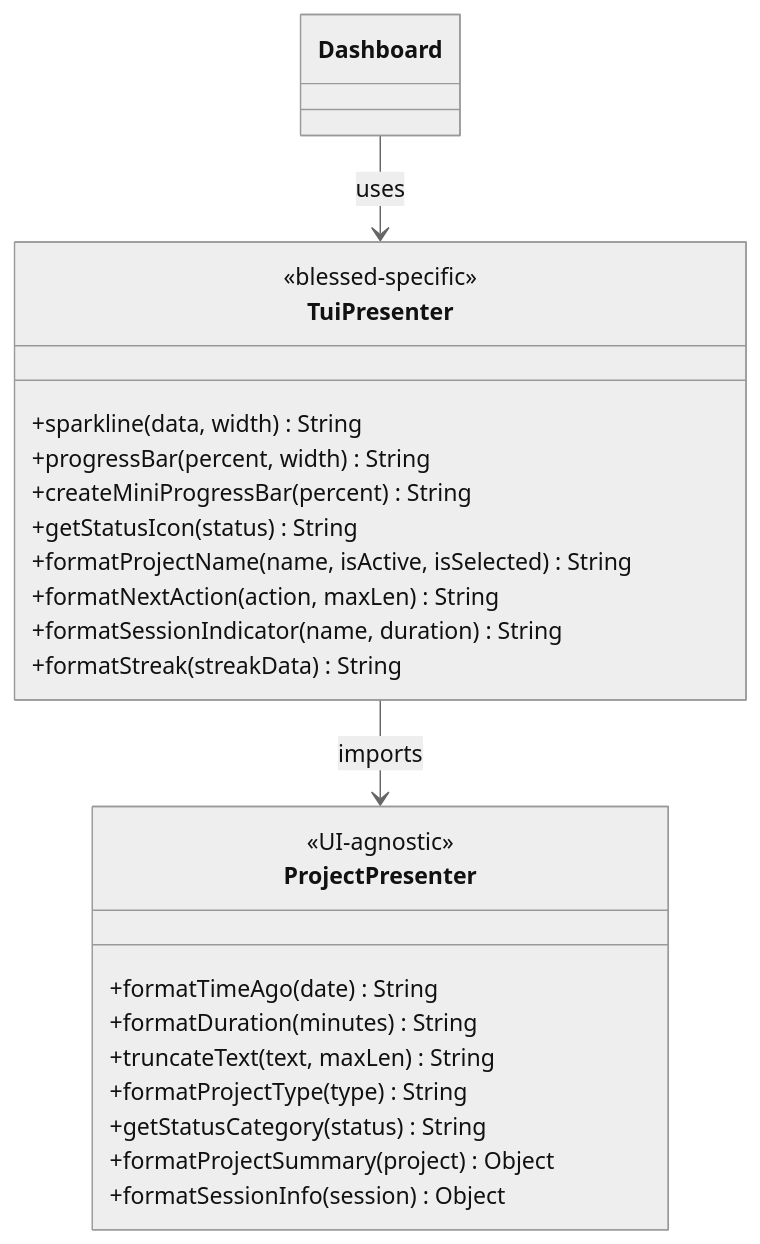
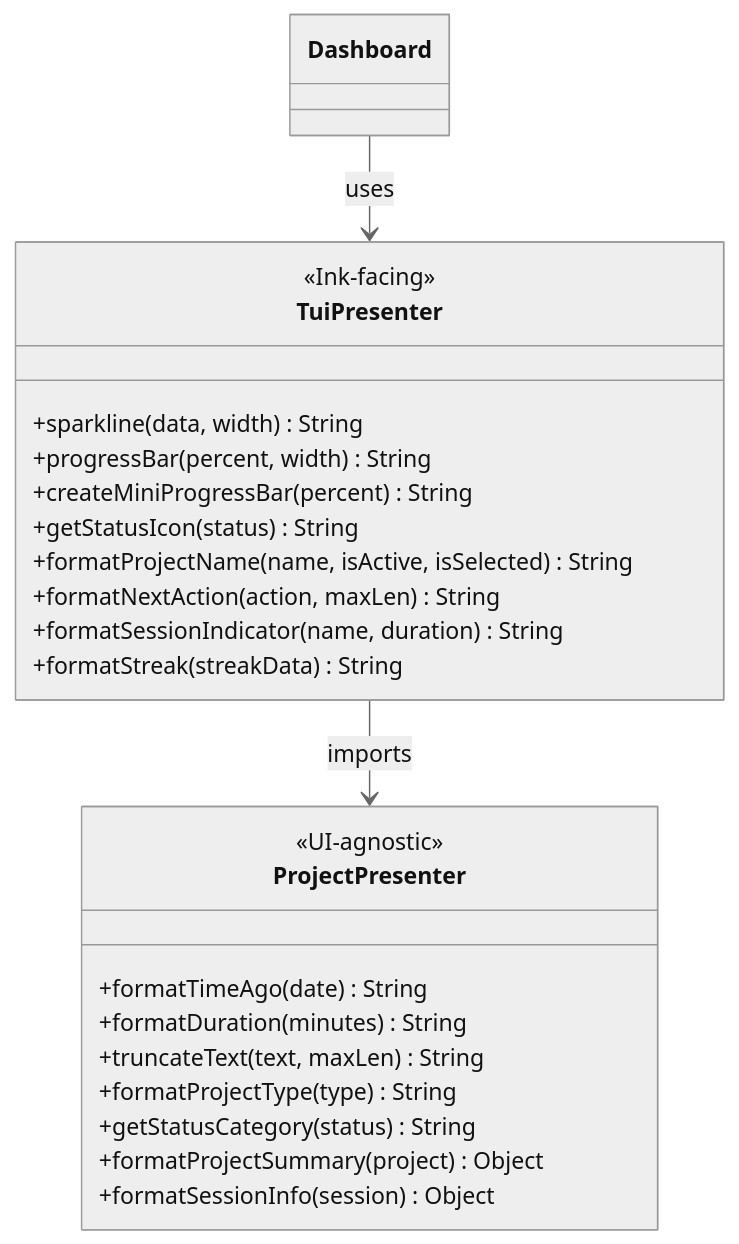
The tenth of 16 diagrams in docs/ARCHITECTURE.md (Data-Wise/atlas), drawn with Mermaid (neutral theme) before and after one commit. The commit also changed other lines of this file and 24 other files, not shown here.

````diff
--- a/docs/ARCHITECTURE.md
+++ b/docs/ARCHITECTURE.md
@@ -612,28 +607,28 @@
 ```mermaid
 classDiagram
     class ProjectPresenter {
         <<UI-agnostic>>
         +formatTimeAgo(date) String
         +formatDuration(minutes) String
         +truncateText(text, maxLen) String
         +formatProjectType(type) String
         +getStatusCategory(status) String
         +formatProjectSummary(project) Object
         +formatSessionInfo(session) Object
     }
 
     class TuiPresenter {
-        <<blessed-specific>>
+        <<Ink-facing>>
         +sparkline(data, width) String
         +progressBar(percent, width) String
         +createMiniProgressBar(percent) String
         +getStatusIcon(status) String
         +formatProjectName(name, isActive, isSelected) String
         +formatNextAction(action, maxLen) String
         +formatSessionIndicator(name, duration) String
         +formatStreak(streakData) String
     }
 
     TuiPresenter --> ProjectPresenter : imports
     Dashboard --> TuiPresenter : uses
 ```
````
